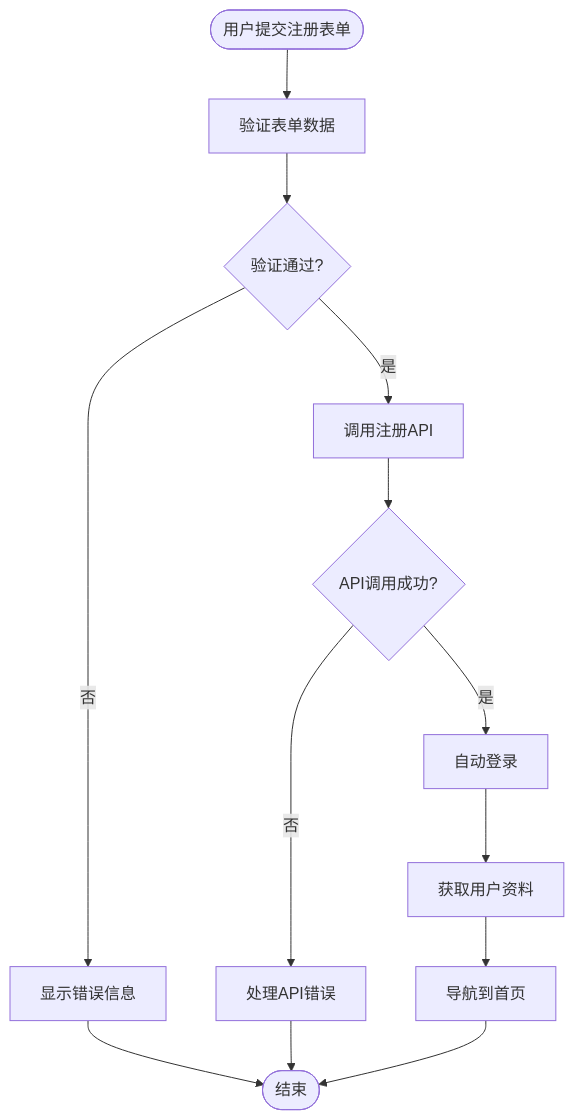
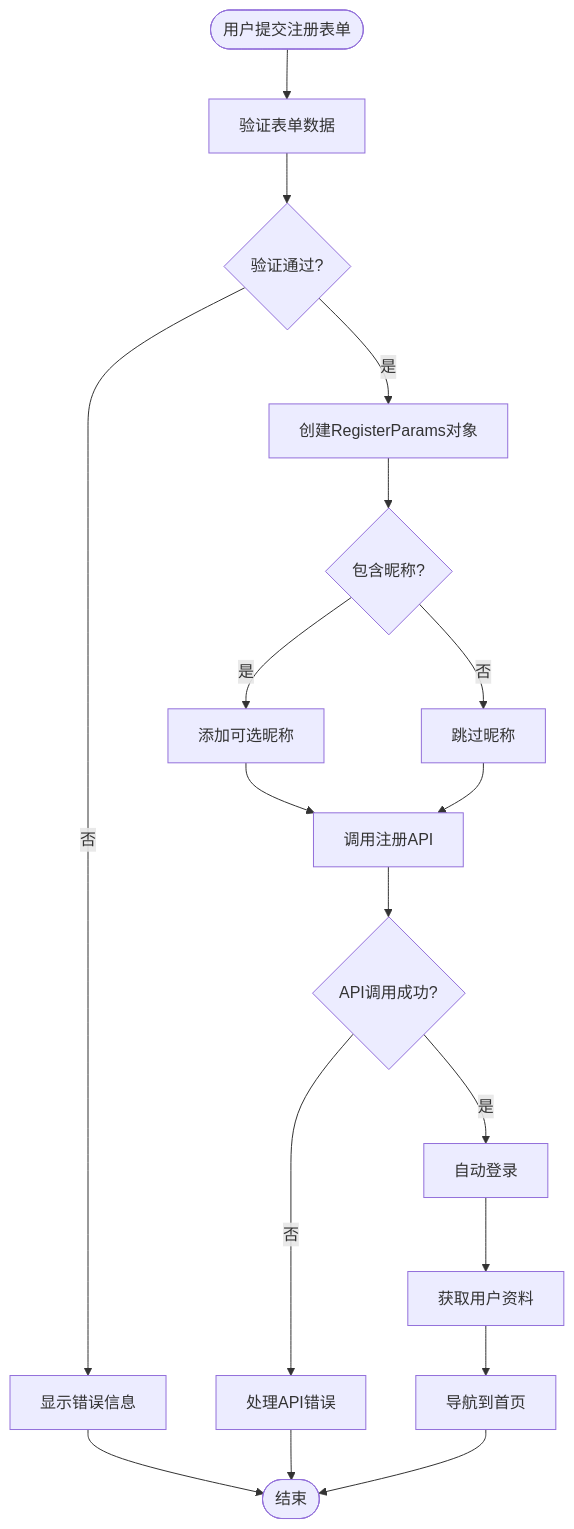
One commit to selectzhangyuan/AI-photo-coach changed the sixth of 10 diagrams in .qoder/repowiki/zh/content/前端应用架构/路由系统设计.md. Above: the diagram before and after it, drawn with Mermaid. The commit also changed other lines of this file and 4 other files, not shown here.

````diff
--- a/.qoder/repowiki/zh/content/前端应用架构/路由系统设计.md
+++ b/.qoder/repowiki/zh/content/前端应用架构/路由系统设计.md
@@ -274,15 +282,20 @@
 ```mermaid
 flowchart TD
 Start([用户提交注册表单]) --> Validate["验证表单数据"]
 Validate --> Valid{"验证通过?"}
 Valid --> |否| ShowError["显示错误信息"]
-Valid --> |是| CallAPI["调用注册API"]
+Valid --> |是| CreateParams["创建RegisterParams对象"]
+CreateParams --> OptionalNick{"包含昵称?"}
+OptionalNick --> |是| AddNick["添加可选昵称"]
+OptionalNick --> |否| SkipNick["跳过昵称"]
+AddNick --> CallAPI["调用注册API"]
+SkipNick --> CallAPI
 CallAPI --> APISuccess{"API调用成功?"}
 APISuccess --> |否| HandleError["处理API错误"]
 APISuccess --> |是| AutoLogin["自动登录"]
 AutoLogin --> LoadProfile["获取用户资料"]
 LoadProfile --> Navigate["导航到首页"]
 ShowError --> End([结束])
 HandleError --> End
 Navigate --> End
 ```
````
